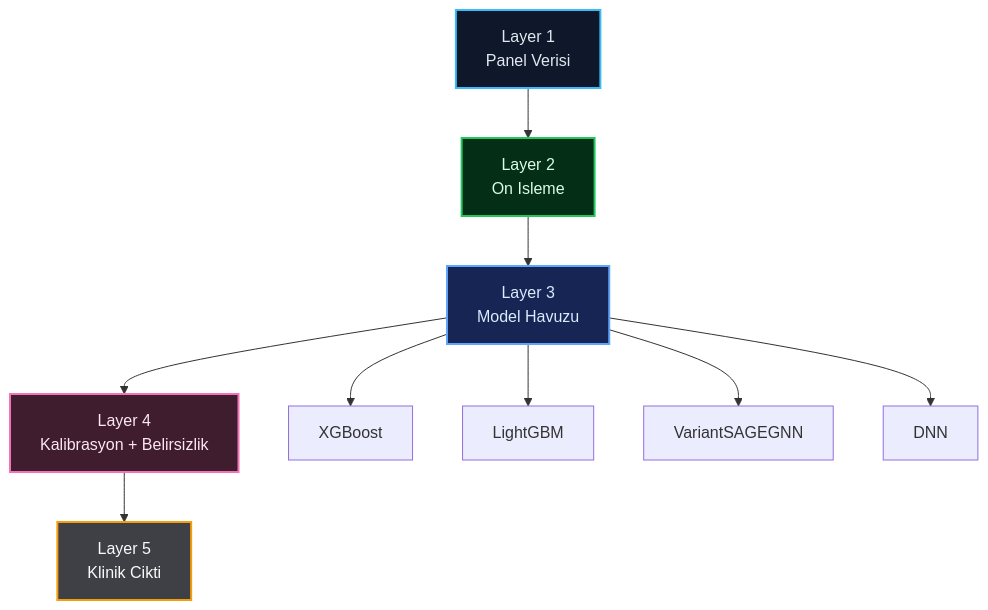
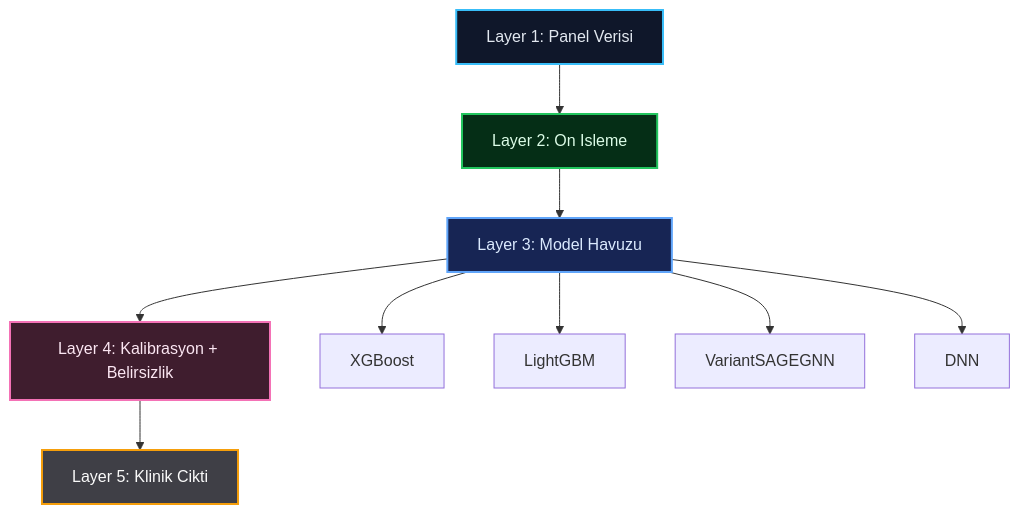
Before and after one commit to msgxr/VARIANT-GNN: the fifth of 11 diagrams in README.md, drawn with Mermaid. The commit also changed other lines of this file, not shown here.

Commit message:
fix: resolve Mermaid rendering issues on GitHub

````diff
--- a/README.md
+++ b/README.md
@@ -171,15 +171,15 @@
 ```mermaid
-flowchart TD
-    classDef l1 fill:#0f172a,color:#e2e8f0,stroke:#38bdf8,stroke-width:2px;
-    classDef l2 fill:#052e16,color:#dcfce7,stroke:#22c55e,stroke-width:2px;
-    classDef l3 fill:#172554,color:#dbeafe,stroke:#60a5fa,stroke-width:2px;
-    classDef l4 fill:#3f1d2e,color:#fce7f3,stroke:#f472b6,stroke-width:2px;
-    classDef l5 fill:#3f3f46,color:#fafafa,stroke:#f59e0b,stroke-width:2px;
+graph TD
+    classDef l1 fill:#0f172a,stroke:#38bdf8,stroke-width:2px,color:#e2e8f0
+    classDef l2 fill:#052e16,stroke:#22c55e,stroke-width:2px,color:#dcfce7
+    classDef l3 fill:#172554,stroke:#60a5fa,stroke-width:2px,color:#dbeafe
+    classDef l4 fill:#3f1d2e,stroke:#f472b6,stroke-width:2px,color:#fce7f3
+    classDef l5 fill:#3f3f46,stroke:#f59e0b,stroke-width:2px,color:#fafafa
 
-    A[Layer 1\nPanel Verisi]:::l1 --> B[Layer 2\nOn Isleme]:::l2 --> C[Layer 3\nModel Havuzu]:::l3 --> D[Layer 4\nKalibrasyon + Belirsizlik]:::l4 --> E[Layer 5\nKlinik Cikti]:::l5
+    A["Layer 1: Panel Verisi"]:::l1 --> B["Layer 2: On Isleme"]:::l2 --> C["Layer 3: Model Havuzu"]:::l3 --> D["Layer 4: Kalibrasyon + Belirsizlik"]:::l4 --> E["Layer 5: Klinik Cikti"]:::l5
 
-    C --> C1[XGBoost]
-    C --> C2[LightGBM]
-    C --> C3[VariantSAGEGNN]
-    C --> C4[DNN]
+    C --> C1["XGBoost"]
+    C --> C2["LightGBM"]
+    C --> C3["VariantSAGEGNN"]
+    C --> C4["DNN"]
 ```
````
